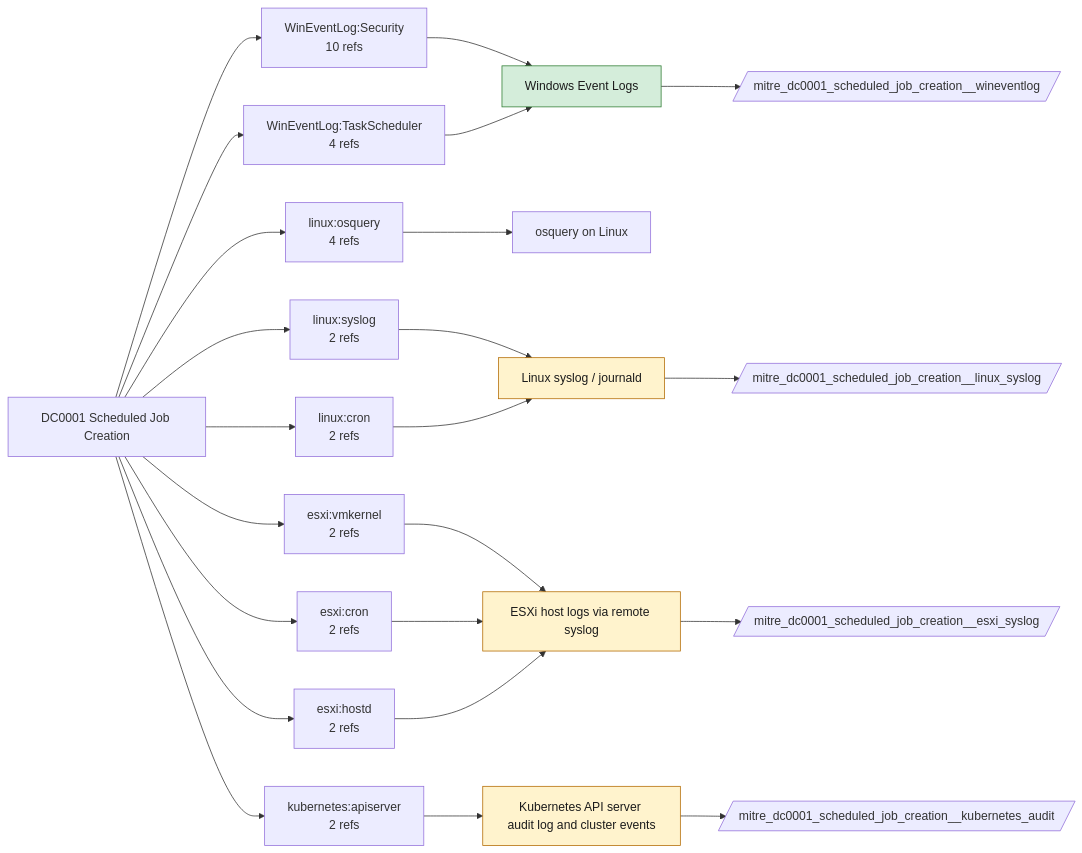
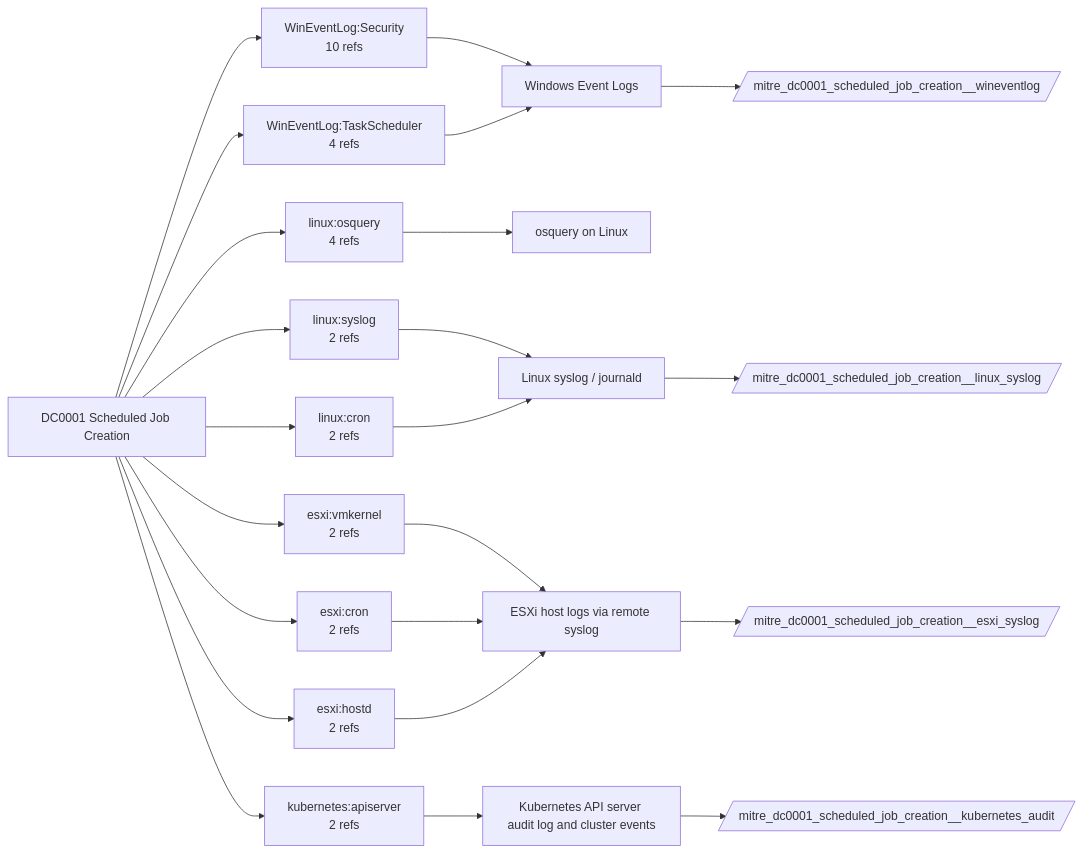
One commit to dev-nobytes-io/mitre-defensive-mappings-spl changed the diagram in docs/data-components/DC0001-scheduled-job-creation.md. Above: the diagram before and after it, drawn with Mermaid. The commit also changed other lines of this file and 366 other files, not shown here.

````diff
--- a/docs/data-components/DC0001-scheduled-job-creation.md
+++ b/docs/data-components/DC0001-scheduled-job-creation.md
@@ -19,37 +19,31 @@
 ```mermaid
 flowchart LR
   DC["DC0001 Scheduled Job Creation"]
   DC --> LS0["WinEventLog:Security<br/>10 refs"]
   F_wineventlog["Windows Event Logs"]
   LS0 --> F_wineventlog
   DC --> LS1["WinEventLog:TaskScheduler<br/>4 refs"]
   LS1 --> F_wineventlog
   DC --> LS2["linux:osquery<br/>4 refs"]
   F_linux_osquery["osquery on Linux"]
   LS2 --> F_linux_osquery
   DC --> LS3["linux:syslog<br/>2 refs"]
   F_linux_syslog["Linux syslog / journald"]
   LS3 --> F_linux_syslog
   DC --> LS4["esxi:vmkernel<br/>2 refs"]
   F_esxi_syslog["ESXi host logs via remote syslog"]
   LS4 --> F_esxi_syslog
   DC --> LS5["kubernetes:apiserver<br/>2 refs"]
   F_kubernetes_audit["Kubernetes API server audit log and cluster events"]
   LS5 --> F_kubernetes_audit
   DC --> LS6["esxi:cron<br/>2 refs"]
   LS6 --> F_esxi_syslog
   DC --> LS7["esxi:hostd<br/>2 refs"]
   LS7 --> F_esxi_syslog
   DC --> LS8["linux:cron<br/>2 refs"]
   LS8 --> F_linux_syslog
+  F_esxi_syslog --> ET_esxi_syslog[/"mitre_dc0001_scheduled_job_creation__esxi_syslog"/]
+  F_kubernetes_audit --> ET_kubernetes_audit[/"mitre_dc0001_scheduled_job_creation__kubernetes_audit"/]
+  F_linux_syslog --> ET_linux_syslog[/"mitre_dc0001_scheduled_job_creation__linux_syslog"/]
   F_wineventlog --> ET_wineventlog[/"mitre_dc0001_scheduled_job_creation__wineventlog"/]
-  class F_wineventlog live
-  F_esxi_syslog --> ET_esxi_syslog[/"mitre_dc0001_scheduled_job_creation__esxi_syslog"/]
-  class F_esxi_syslog ready
-  F_kubernetes_audit --> ET_kubernetes_audit[/"mitre_dc0001_scheduled_job_creation__kubernetes_audit"/]
-  class F_kubernetes_audit ready
-  F_linux_syslog --> ET_linux_syslog[/"mitre_dc0001_scheduled_job_creation__linux_syslog"/]
-  class F_linux_syslog ready
-  classDef live fill:#d4edda,stroke:#2e7d32,color:#1b1b1b
-  classDef ready fill:#fff3cd,stroke:#b26a00,color:#1b1b1b
 ```
````
